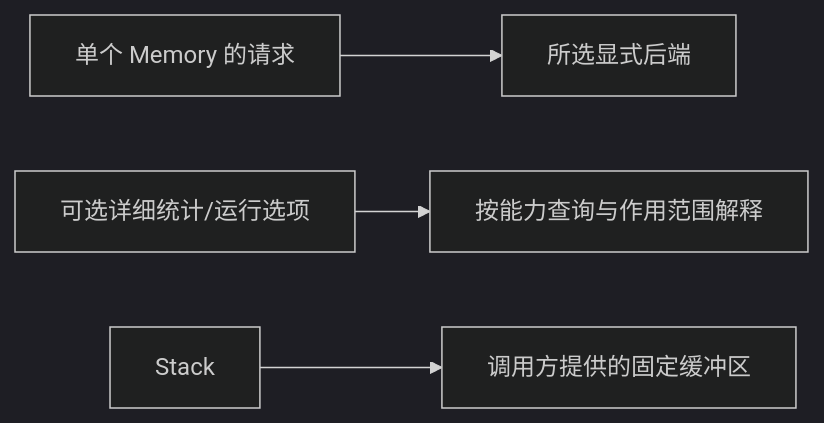
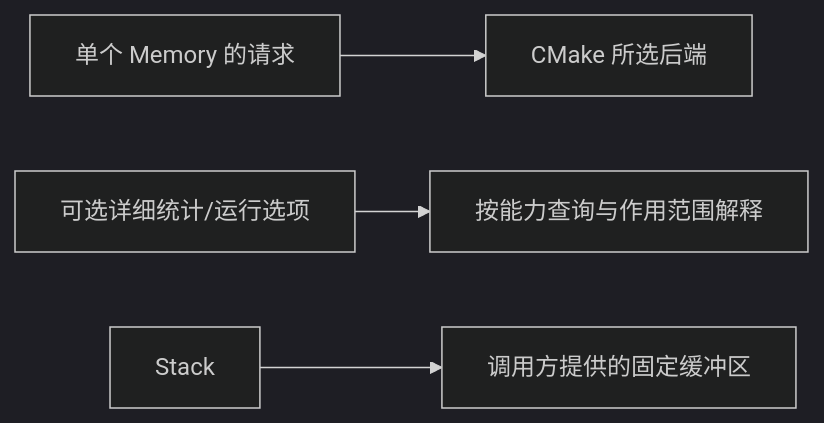
Before and after one commit to dugan-dev/UniMemory: the diagram in docs/allocator-capabilities.zh-CN.md, drawn with Mermaid (dark theme). The commit also changed other lines of this file and 57 other files, not shown here.

````diff
--- a/docs/allocator-capabilities.zh-CN.md
+++ b/docs/allocator-capabilities.zh-CN.md
@@ -23,6 +23,6 @@
 ```mermaid
 flowchart LR
-    A[单个 Memory 的请求] --> B[所选显式后端]
+    A[单个 Memory 的请求] --> B[CMake 所选后端]
     C[可选详细统计/运行选项] --> D[按能力查询与作用范围解释]
     E[Stack] --> F[调用方提供的固定缓冲区]
 ```
````
